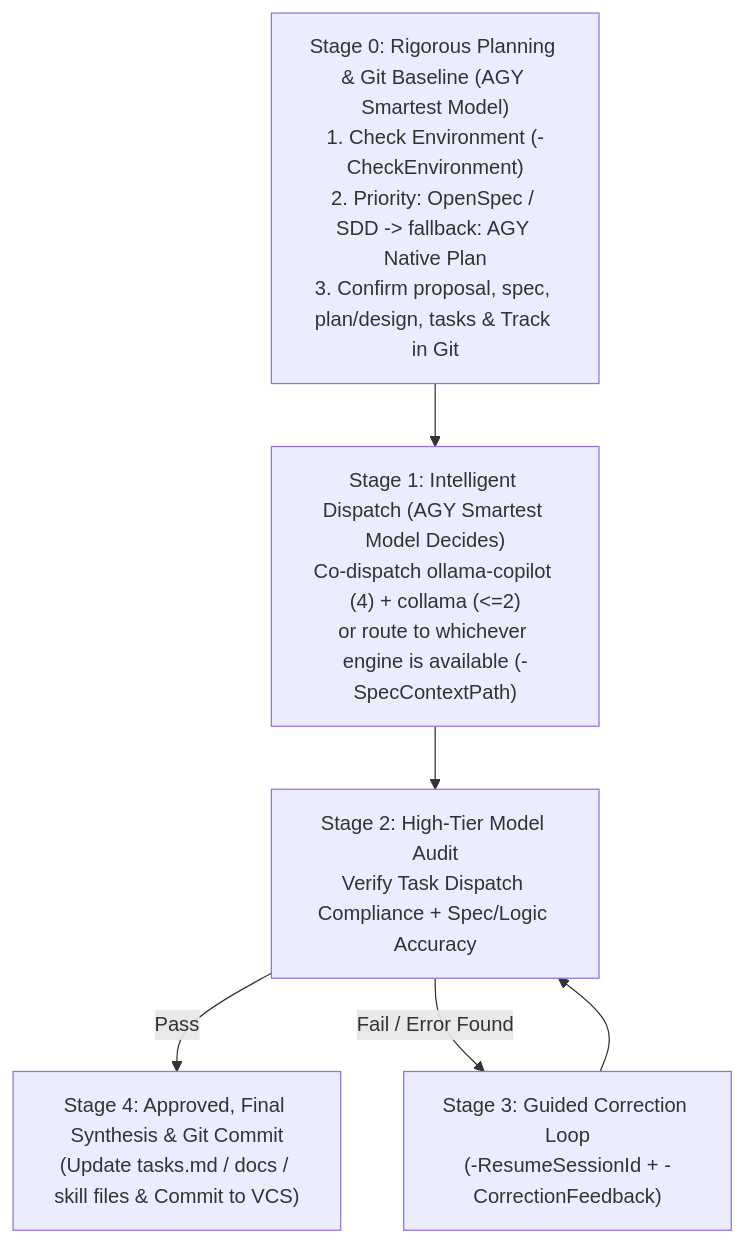
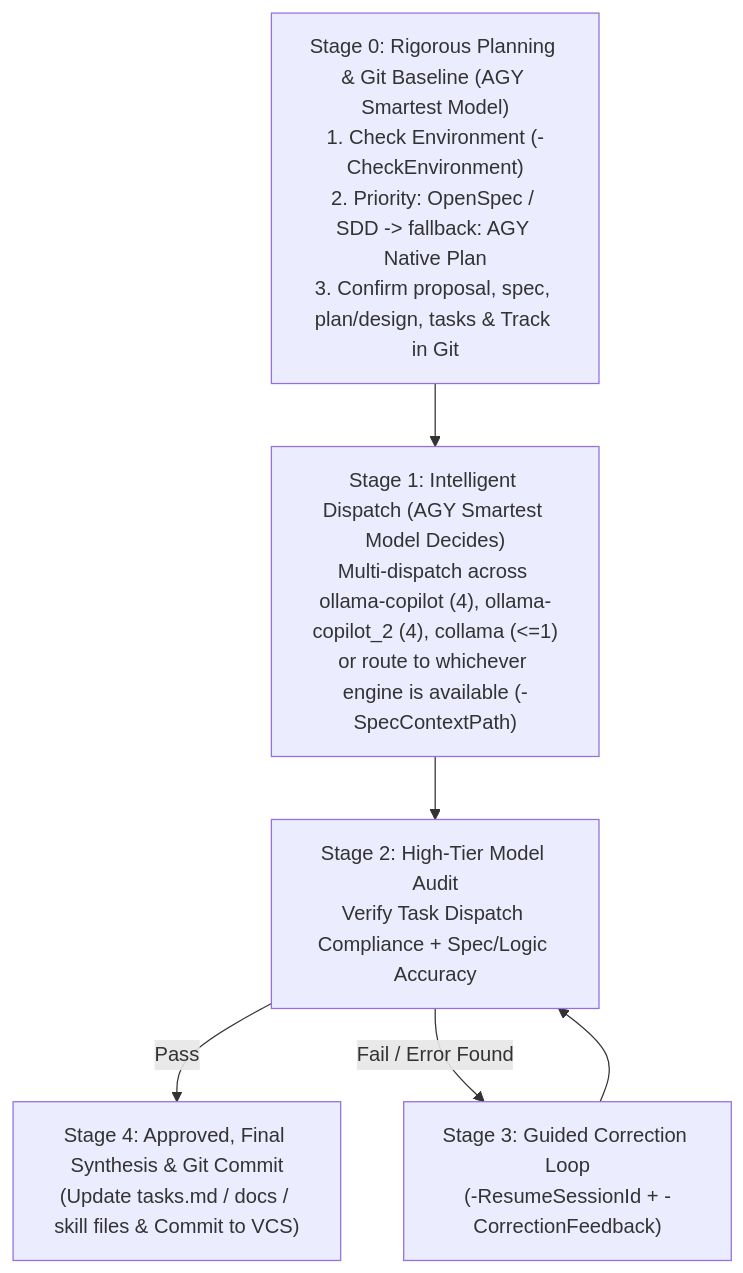
One commit to d1658999/call_subagent_skill changed the diagram in .agents/skills/copilot-subagent-orchestrator/SKILL.md. Above: the diagram before and after it, drawn with Mermaid. The commit also changed other lines of this file and 3 other files, not shown here.

First line of the commit message:
feat(skill): release v1.1.0 - add ollama-copilot_2 and clamp collama subagent concurrency to 1

````diff
--- a/.agents/skills/copilot-subagent-orchestrator/SKILL.md
+++ b/.agents/skills/copilot-subagent-orchestrator/SKILL.md
@@ -39,9 +44,9 @@
 ```mermaid
 flowchart TD
     S0["Stage 0: Rigorous Planning & Git Baseline (AGY Smartest Model)<br/>1. Check Environment (-CheckEnvironment)<br/>2. Priority: OpenSpec / SDD -> fallback: AGY Native Plan<br/>3. Confirm proposal, spec, plan/design, tasks & Track in Git"] --> S1
-    S1["Stage 1: Intelligent Dispatch (AGY Smartest Model Decides)<br/>Co-dispatch ollama-copilot (4) + collama (<=2)<br/>or route to whichever engine is available (-SpecContextPath)"] --> S2
+    S1["Stage 1: Intelligent Dispatch (AGY Smartest Model Decides)<br/>Multi-dispatch across ollama-copilot (4), ollama-copilot_2 (4), collama (<=1)<br/>or route to whichever engine is available (-SpecContextPath)"] --> S2
     S2["Stage 2: High-Tier Model Audit<br/>Verify Task Dispatch Compliance + Spec/Logic Accuracy"]
     S2 -->|Pass| S4["Stage 4: Approved, Final Synthesis & Git Commit<br/>(Update tasks.md / docs / skill files & Commit to VCS)"]
     S2 -->|Fail / Error Found| S3["Stage 3: Guided Correction Loop<br/>(-ResumeSessionId + -CorrectionFeedback)"]
     S3 --> S2
 ```
````
